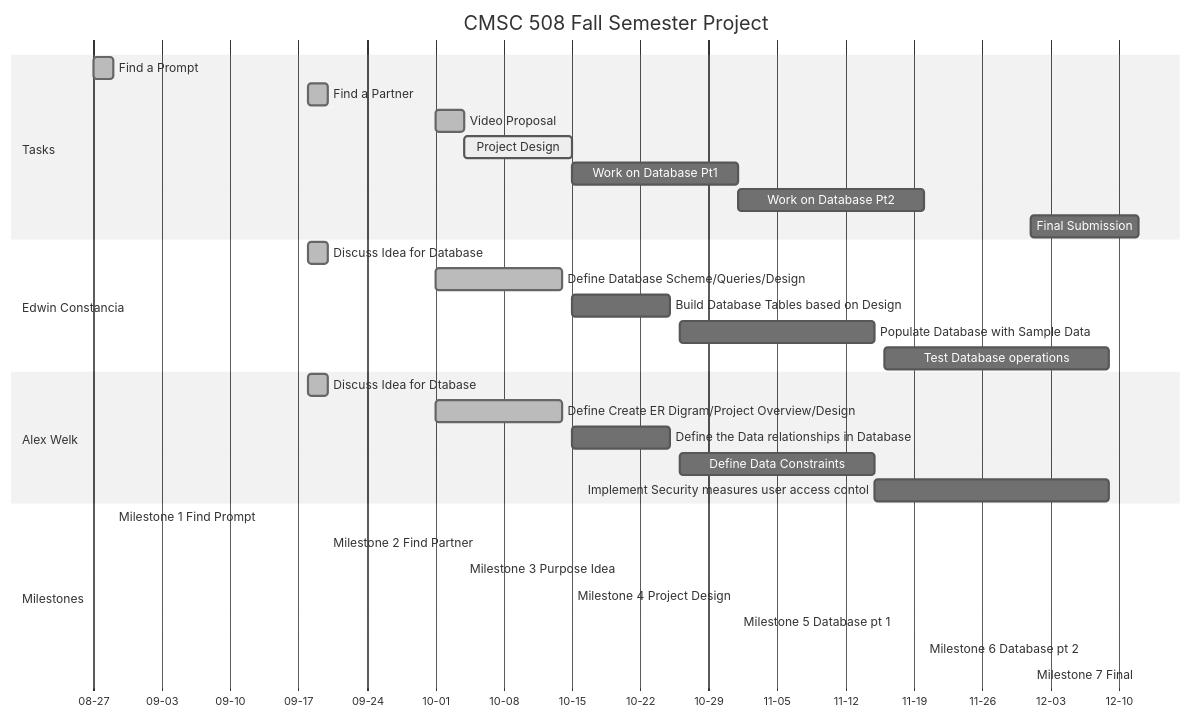
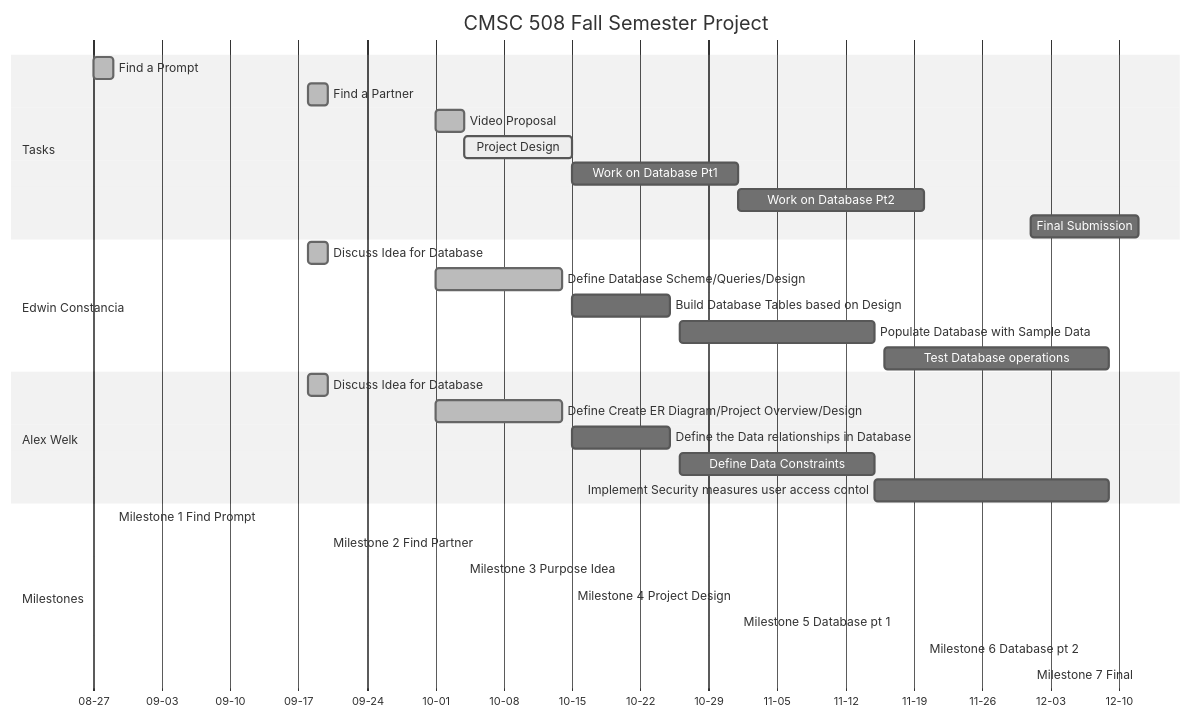
Before and after one commit to a-welk/VCU-restaurant-database: the second of 2 diagrams in reports/deliver7.qmd, drawn with Mermaid (neutral theme). The commit also changed other lines of this file, not shown here.

````diff
--- a/reports/deliver7.qmd
+++ b/reports/deliver7.qmd
@@ -746,38 +1079,38 @@
 ```{mermaid}
 gantt
 title CMSC 508 Fall Semester Project
 dateFormat YYYY-MM-DD
 axisFormat %m-%d
 
 section Tasks
 Find a Prompt : done, des1, 2023-08-27, 2023-08-29
 Find a Partner : done, des2, 2023-09-18, 2023-09-20
 Video Proposal : done, des3, 2023-10-01, 2023-10-04
 Project Design : active, des4, 2023-10-04, 2023-10-15
 Work on Database Pt1 : des5, 2023-10-15, 2023-11-01
 Work on Database Pt2 : des6, 2023-11-01, 2023-11-20
 Final Submission : des7, 2023-12-01, 2023-12-12
 
 section Edwin Constancia
 Discuss Idea for Database : done,des8, 2023-09-18, 2023-09-20
 Define Database Scheme/Queries/Design : done,des9, 2023-10-01, 2023-10-14
 Build Database Tables based on Design : des10, 2023-10-15, 2023-10-25
 Populate Database with Sample Data : des11, 2023-10-26, 2023-11-15
 Test Database operations : des12, 2023-11-16, 2023-12-09
 
 section Alex Welk
-Discuss Idea for Dtabase : done,des13, 2023-09-18, 2023-09-20
-Define Create ER Digram/Project Overview/Design : done,des14, 2023-10-01, 2023-10-14
+Discuss Idea for Database : done,des13, 2023-09-18, 2023-09-20
+Define Create ER Diagram/Project Overview/Design : done,des14, 2023-10-01, 2023-10-14
 Define the Data relationships in Database : des15, 2023-10-15, 2023-10-25
 Define Data Constraints : des14, 2023-10-26, 2023-11-15
 Implement Security measures user access contol : des15, 2023-11-15, 2023-12-09
 
 section Milestones
 Milestone 1 Find Prompt: crit, 2023-08-29, Milestone 1: Find a Prompt Complete
 Milestone 2 Find Partner: crit, 2023-09-20, Milestone 2: Find a Partner Complete
 Milestone 3 Purpose Idea: crit, 2023-10-04, Milestone 3: Video Proposal Complete
 Milestone 4 Project Design: crit, 2023-10-15, Milestone 4: Project Design Complete
 Milestone 5 Database pt 1 : crit, 2023-11-01, Milestone 5: Work on Database 1 Complete
 Milestone 6 Database pt 2: crit, 2023-11-20, Milestone 6: Work on Database 2 Complete
 Milestone 7 Final : crit, 2023-12-12, Milestone 7: Final Submission    
 ```
````
